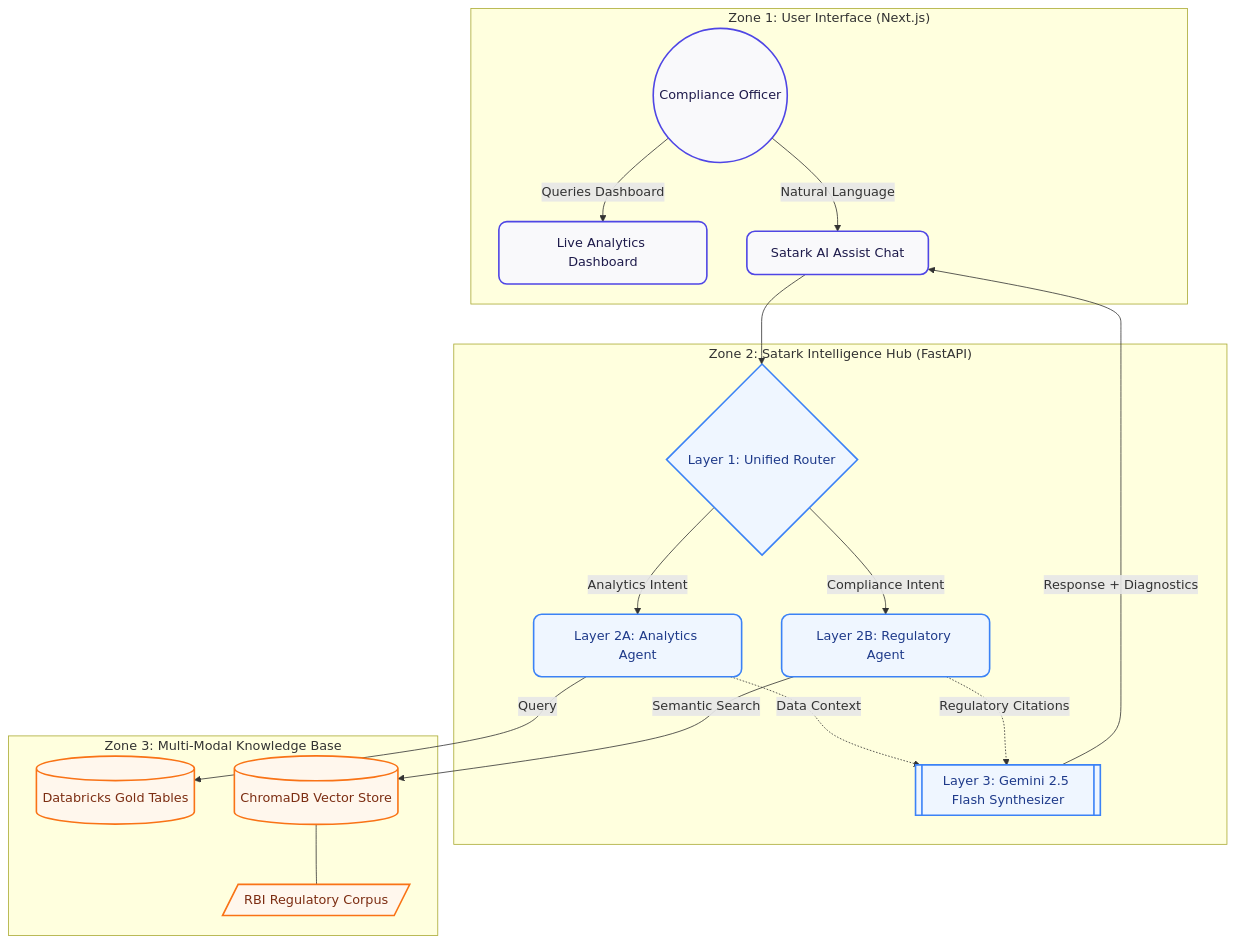
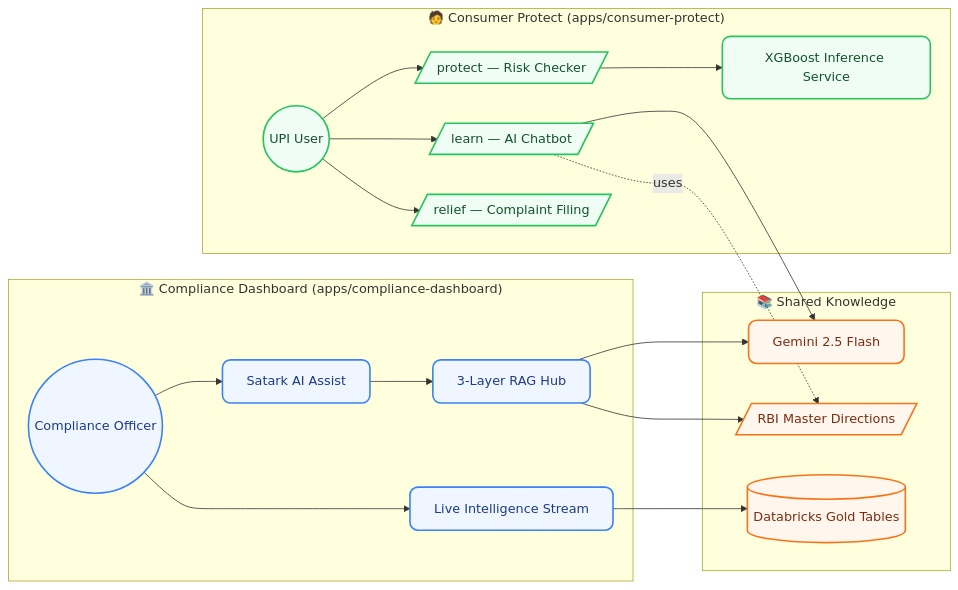
Before and after one commit to SirCoolerArc/Bharat-Bricks-Hacks-2026-Satark-Compliance: the diagram in README.md, drawn with Mermaid. The commit also changed other lines of this file and 109 other files, not shown here.

First line of the commit message:
Reorganize into unified monorepo for both SATARK halves

````diff
--- a/README.md
+++ b/README.md
@@ -23,49 +28,42 @@
 ```mermaid
-graph TD
-    %% Styling
-    classDef ui fill:#f9f9fb,stroke:#4f46e5,stroke-width:2px,color:#1e1b4b,rx:10,ry:10;
-    classDef intelligence fill:#eff6ff,stroke:#3b82f6,stroke-width:2px,color:#1e3a8a,rx:10,ry:10;
-    classDef storage fill:#fff7ed,stroke:#f97316,stroke-width:2px,color:#7c2d12,rx:10,ry:10;
-    classDef action fill:#f0fdf4,stroke:#22c55e,stroke-width:2px,color:#14532d,rx:10,ry:10;
+graph LR
+    classDef user fill:#f0fdf4,stroke:#22c55e,stroke-width:2px,color:#14532d,rx:10,ry:10;
+    classDef regulator fill:#eff6ff,stroke:#3b82f6,stroke-width:2px,color:#1e3a8a,rx:10,ry:10;
+    classDef shared fill:#fff7ed,stroke:#f97316,stroke-width:2px,color:#7c2d12,rx:10,ry:10;
 
-    subgraph UserInterface ["Zone 1: User Interface (Next.js)"]
-        User((Compliance Officer))
-        Dashboard[Live Analytics Dashboard]
-        Chat[Satark AI Assist Chat]
+    subgraph ConsumerSide ["🧑 Consumer Protect (apps/consumer-protect)"]
+        Citizen((UPI User))
+        Protect[/protect — Risk Checker/]
+        Learn[/learn — AI Chatbot/]
+        Relief[/relief — Complaint Filing/]
+        XGB[XGBoost Inference Service]
     end
 
-    subgraph IntelligenceHub ["Zone 2: Satark Intelligence Hub (FastAPI)"]
-        Router{Layer 1: Unified Router}
-        AgentA[Layer 2A: Analytics Agent]
-        AgentB[Layer 2B: Regulatory Agent]
-        Synthesizer[[Layer 3: Gemini 2.5 Flash Synthesizer]]
+    subgraph RegulatorSide ["🏛️ Compliance Dashboard (apps/compliance-dashboard)"]
+        Officer((Compliance Officer))
+        Live[Live Intelligence Stream]
+        Assist[Satark AI Assist]
+        RAG[3-Layer RAG Hub]
     end
 
-    subgraph KnowledgeBase ["Zone 3: Multi-Modal Knowledge Base"]
-        GoldDB[(Databricks Gold Tables)]
-        VectorDB[(ChromaDB Vector Store)]
-        RBI_PDFs[/RBI Regulatory Corpus/]
+    subgraph SharedKnowledge ["📚 Shared Knowledge"]
+        Gemini[Gemini 2.5 Flash]
+        RBI[/RBI Master Directions/]
+        Lakehouse[(Databricks Gold Tables)]
     end
 
-    %% Flows
-    User -->|Queries Dashboard| Dashboard
-    User -->|Natural Language| Chat
-    Chat --> Router
-    
-    Router -->|Analytics Intent| AgentA
-    Router -->|Compliance Intent| AgentB
-    
-    AgentA -->|Query| GoldDB
-    AgentB -->|Semantic Search| VectorDB
-    VectorDB --- RBI_PDFs
-    
-    AgentA -.->|Data Context| Synthesizer
-    AgentB -.->|Regulatory Citations| Synthesizer
-    
-    Synthesizer -->|Response + Diagnostics| Chat
+    Citizen --> Protect --> XGB
+    Citizen --> Learn --> Gemini
+    Citizen --> Relief
 
-    %% Apply Classes
-    class User,Dashboard,Chat ui;
-    class Router,AgentA,AgentB,Synthesizer intelligence;
-    class GoldDB,VectorDB,RBI_PDFs storage;
+    Officer --> Live --> Lakehouse
+    Officer --> Assist --> RAG
+    RAG --> Gemini
+    RAG --> RBI
+
+    Learn -.uses.-> RBI
+
+    class Citizen,Protect,Learn,Relief,XGB user;
+    class Officer,Live,Assist,RAG regulator;
+    class Gemini,RBI,Lakehouse shared;
 ```
````
